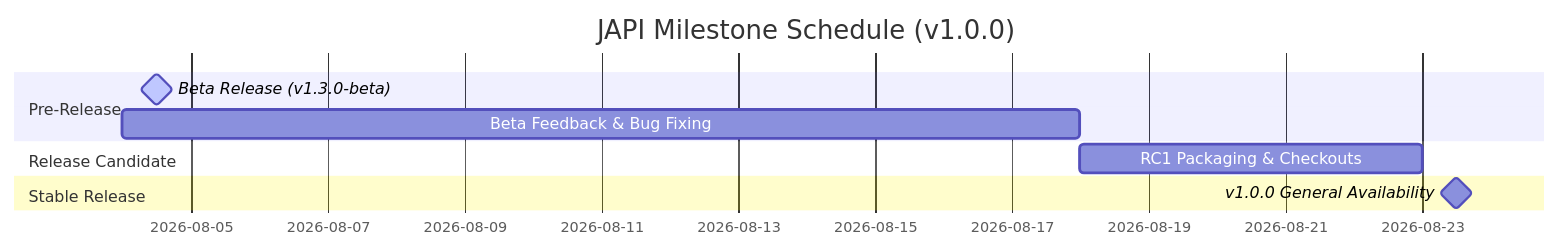
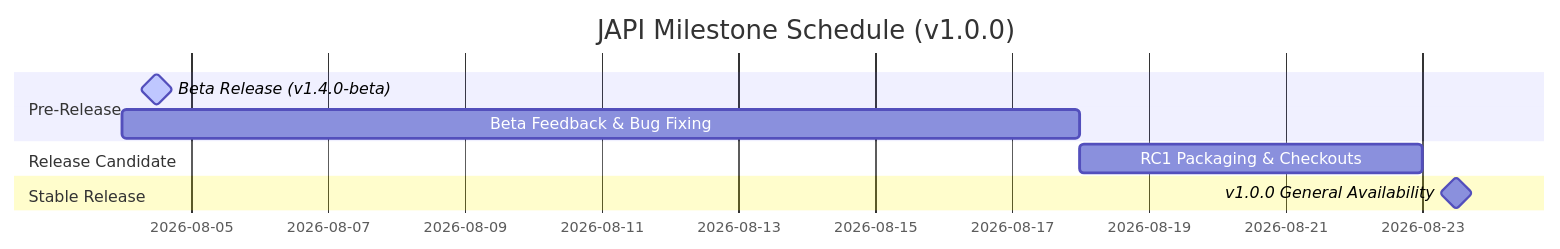
Before and after one commit to ncrkindia/api-banker: the diagram in release_plan.md, drawn with Mermaid. The commit also changed other lines of this file and 11 other files, not shown here.

First line of the commit message:
chore(release): bump version to 1.4.0-beta and stabilize core features

````diff
--- a/release_plan.md
+++ b/release_plan.md
@@ -115,12 +115,12 @@
 ```mermaid
 gantt
     title JAPI Milestone Schedule (v1.0.0)
     dateFormat  YYYY-MM-DD
     section Pre-Release
-    Beta Release (v1.3.0-beta)     :active, milestone, 2026-08-04, 1d
+    Beta Release (v1.4.0-beta)     :active, milestone, 2026-08-04, 1d
     Beta Feedback & Bug Fixing    :2026-08-04, 14d
     section Release Candidate
     RC1 Packaging & Checkouts     :2026-08-18, 5d
     section Stable Release
     v1.0.0 General Availability   :milestone, 2026-08-23, 1d
 ```
````
